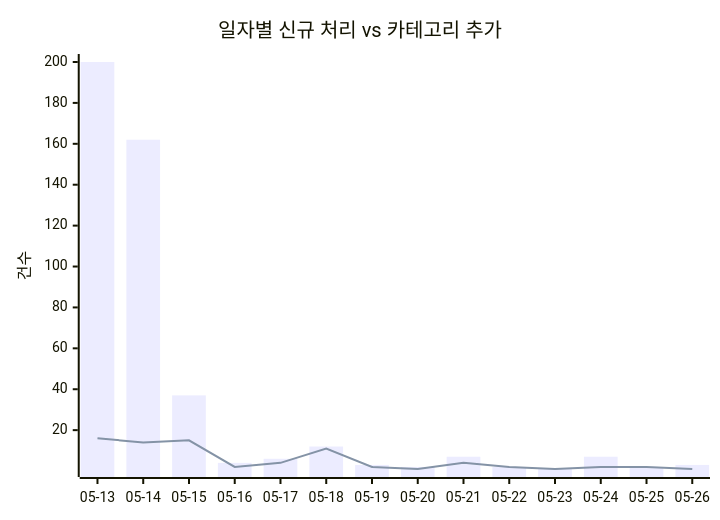
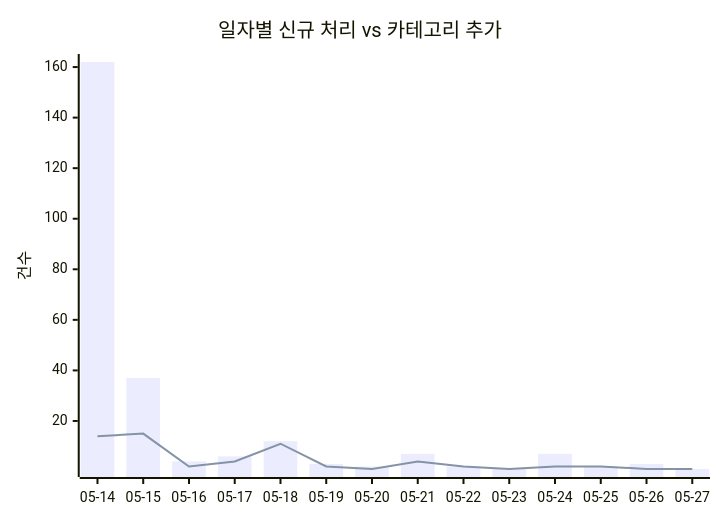
The first of 2 diagrams in docs/trends.md (J-nowcow/awesome-korean-agent-skills), drawn with Mermaid before and after one commit. The commit also changed other lines of this file and 4 other files, not shown here.

````diff
--- a/docs/trends.md
+++ b/docs/trends.md
@@ -32,8 +32,8 @@
 ```mermaid
 xychart-beta
     title "일자별 신규 처리 vs 카테고리 추가"
-    x-axis ["05-13","05-14","05-15","05-16","05-17","05-18","05-19","05-20","05-21","05-22","05-23","05-24","05-25","05-26"]
+    x-axis ["05-14","05-15","05-16","05-17","05-18","05-19","05-20","05-21","05-22","05-23","05-24","05-25","05-26","05-27"]
     y-axis "건수"
-    bar [200,162,37,4,6,12,3,2,7,2,1,7,2,3]
-    line [16,14,15,2,4,11,2,1,4,2,1,2,2,1]
+    bar [162,37,4,6,12,3,2,7,2,1,7,2,3,1]
+    line [14,15,2,4,11,2,1,4,2,1,2,2,1,1]
 ```
````
